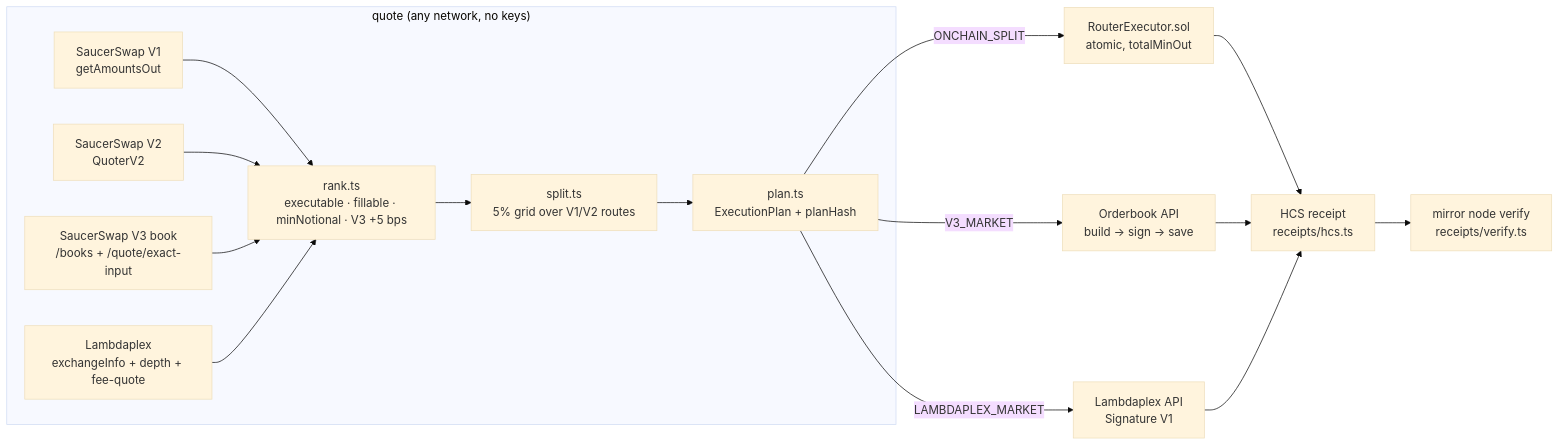
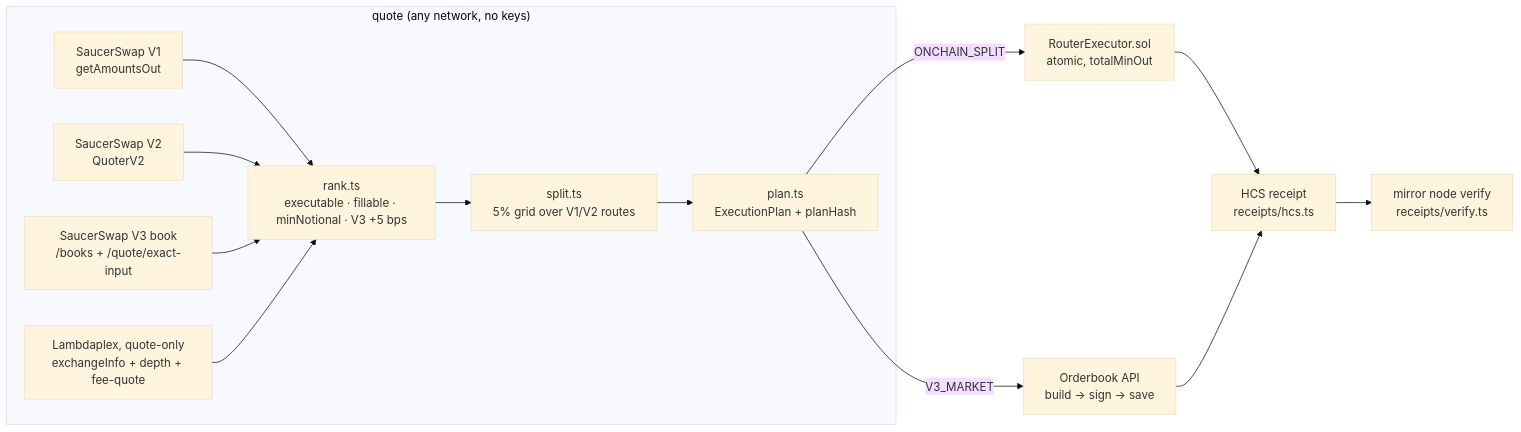
The diagram in README.md (big14way/router), drawn with Mermaid (base theme) before and after one commit. The commit also changed other lines of this file and 20 other files, not shown here.

First line of the commit message:
fix: Lambdaplex is quote-only end to end; correct stale docs; drop dead code

````diff
--- a/README.md
+++ b/README.md
@@ -31,16 +31,15 @@
 ```mermaid
 flowchart LR
   subgraph quote["quote (any network, no keys)"]
     V1[SaucerSwap V1<br/>getAmountsOut] --> R
     V2[SaucerSwap V2<br/>QuoterV2] --> R
     V3[SaucerSwap V3 book<br/>/books + /quote/exact-input] --> R
-    LP[Lambdaplex<br/>exchangeInfo + depth + fee-quote] --> R
+    LP[Lambdaplex, quote-only<br/>exchangeInfo + depth + fee-quote] --> R
     R[rank.ts<br/>executable · fillable · minNotional · V3 +5 bps] --> S[split.ts<br/>5% grid over V1/V2 routes]
     S --> P[plan.ts<br/>ExecutionPlan + planHash]
   end
   P -->|ONCHAIN_SPLIT| E1[RouterExecutor.sol<br/>atomic, totalMinOut]
   P -->|V3_MARKET| E2[Orderbook API<br/>build → sign → save]
-  P -->|LAMBDAPLEX_MARKET| E3[Lambdaplex API<br/>Signature V1]
-  E1 & E2 & E3 --> H[HCS receipt<br/>receipts/hcs.ts]
+  E1 & E2 --> H[HCS receipt<br/>receipts/hcs.ts]
   H --> M[mirror node verify<br/>receipts/verify.ts]
 ```
````
